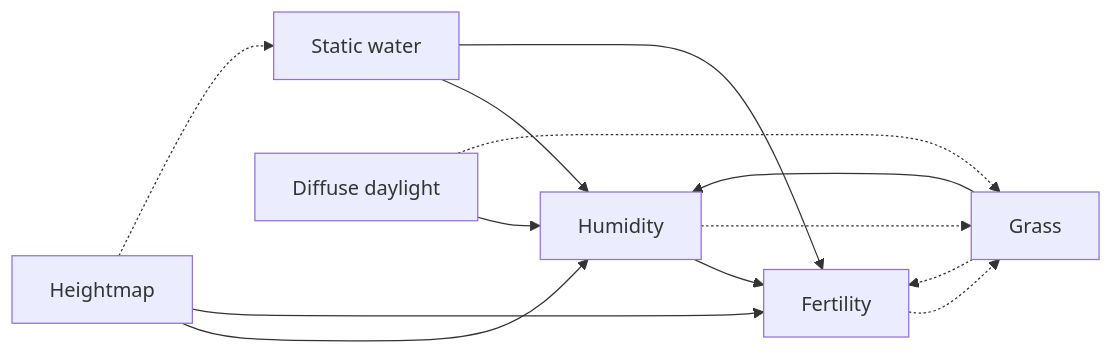
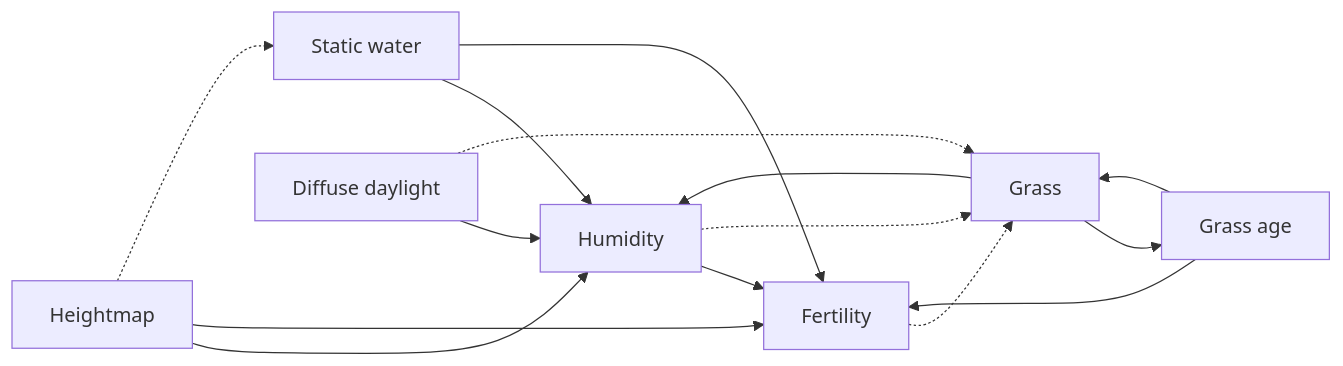
The diagram in doc/layers/README.md (marianoalda/conscious), drawn with Mermaid before and after one commit. The commit also changed other lines of this file and 21 other files, not shown here.

First line of the commit message:
Age living grass until day 255, then die and return twice the soil fertility budget, and clamp every layer to its stored range.

````diff
--- a/doc/layers/README.md
+++ b/doc/layers/README.md
@@ -41,22 +42,25 @@
 ```mermaid
 flowchart LR
   water[Static water]
   light[Diffuse daylight]
   humidity[Humidity]
   fertility[Fertility]
   grass[Grass]
+  grassage[Grass age]
   height[Heightmap]
 
   height --> humidity
   water --> humidity
   light --> humidity
   grass --> humidity
   height --> fertility
   water --> fertility
   humidity --> fertility
-  grass -.-> fertility
+  grassage --> fertility
+  grass --> grassage
+  grassage --> grass
   humidity -.-> grass
   light -.-> grass
   fertility -.-> grass
   height -.-> water
 ```
````
